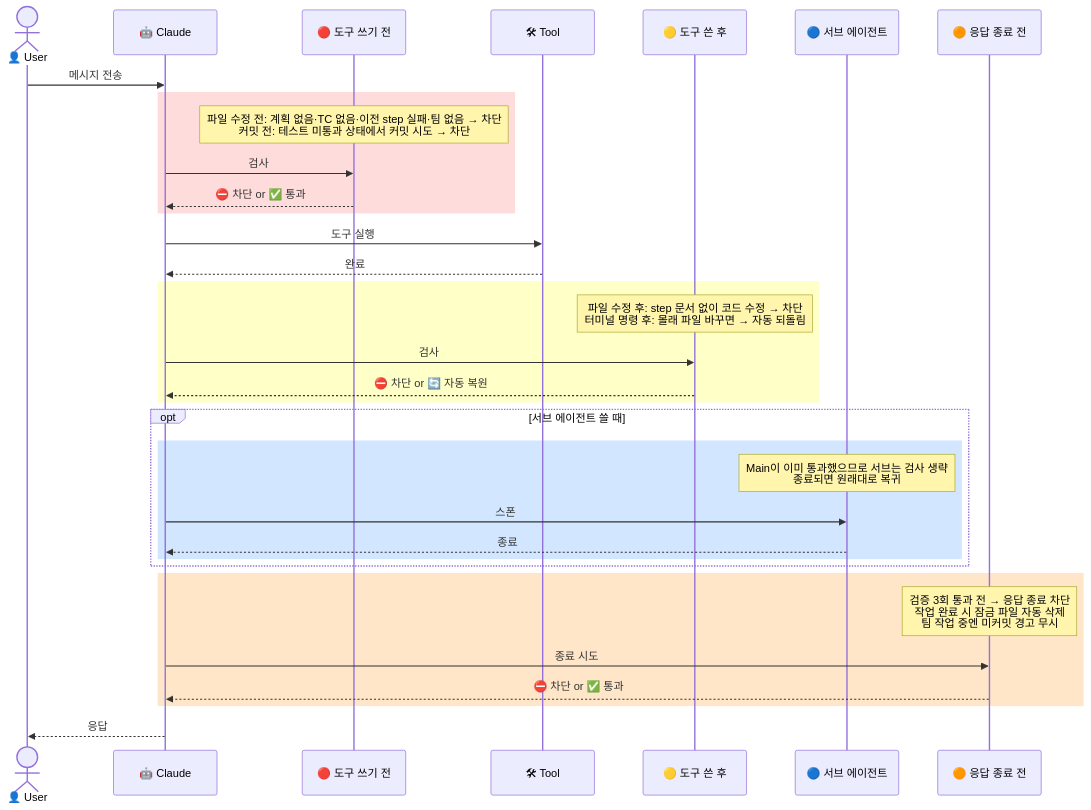
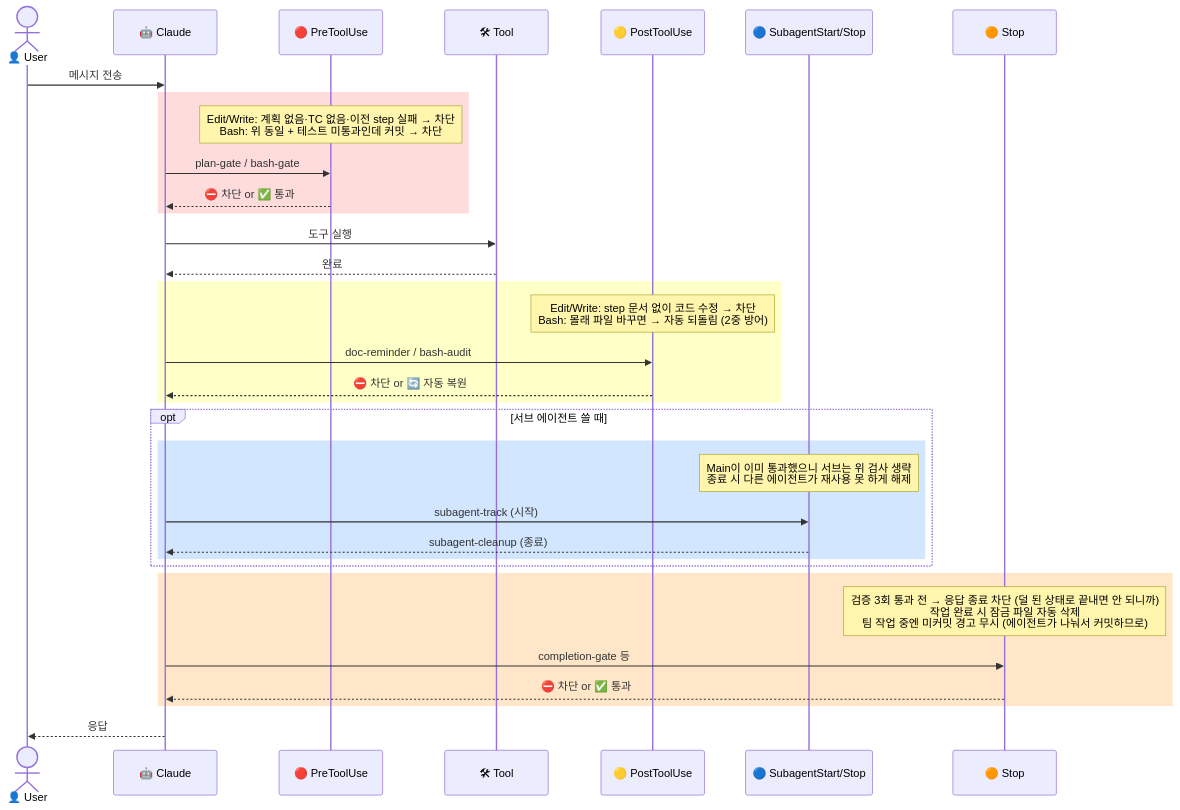
Before and after one commit to kangraemin/ai-bouncer: the diagram in docs/hooks-lifecycle.md, drawn with Mermaid.

Commit message:
docs: 다이어그램 참여자명 PreToolUse/PostToolUse로 통일 + note에 이유 반영

````diff
--- a/docs/hooks-lifecycle.md
+++ b/docs/hooks-lifecycle.md
@@ -51,43 +51,43 @@
 ```mermaid
 sequenceDiagram
     actor U as 👤 User
     participant C as 🤖 Claude
-    participant PRE as 🔴 도구 쓰기 전
+    participant PRE as 🔴 PreToolUse
     participant T as 🛠 Tool
-    participant POST as 🟡 도구 쓴 후
-    participant SUB as 🔵 서브 에이전트
-    participant STP as 🟠 응답 종료 전
+    participant POST as 🟡 PostToolUse
+    participant SUB as 🔵 SubagentStart/Stop
+    participant STP as 🟠 Stop
 
     U->>C: 메시지 전송
 
     rect rgb(255, 220, 220)
-        note over PRE: 파일 수정 전: 계획 없음·TC 없음·이전 step 실패·팀 없음 → 차단<br/>커밋 전: 테스트 미통과 상태에서 커밋 시도 → 차단
-        C->>PRE: 검사
+        note over PRE: Edit/Write: 계획 없음·TC 없음·이전 step 실패 → 차단<br/>Bash: 위 동일 + 테스트 미통과인데 커밋 → 차단
+        C->>PRE: plan-gate / bash-gate
         PRE-->>C: ⛔ 차단 or ✅ 통과
     end
 
     C->>T: 도구 실행
     T-->>C: 완료
 
     rect rgb(255, 255, 200)
-        note over POST: 파일 수정 후: step 문서 없이 코드 수정 → 차단<br/>터미널 명령 후: 몰래 파일 바꾸면 → 자동 되돌림
-        C->>POST: 검사
+        note over POST: Edit/Write: step 문서 없이 코드 수정 → 차단<br/>Bash: 몰래 파일 바꾸면 → 자동 되돌림 (2중 방어)
+        C->>POST: doc-reminder / bash-audit
         POST-->>C: ⛔ 차단 or 🔄 자동 복원
     end
 
     opt 서브 에이전트 쓸 때
         rect rgb(210, 230, 255)
-            note over SUB: Main이 이미 통과했으므로 서브는 검사 생략<br/>종료되면 원래대로 복귀
-            C->>SUB: 스폰
-            SUB-->>C: 종료
+            note over SUB: Main이 이미 통과했으니 서브는 위 검사 생략<br/>종료 시 다른 에이전트가 재사용 못 하게 해제
+            C->>SUB: subagent-track (시작)
+            SUB-->>C: subagent-cleanup (종료)
         end
     end
 
     rect rgb(255, 230, 200)
-        note over STP: 검증 3회 통과 전 → 응답 종료 차단<br/>작업 완료 시 잠금 파일 자동 삭제<br/>팀 작업 중엔 미커밋 경고 무시
-        C->>STP: 종료 시도
+        note over STP: 검증 3회 통과 전 → 응답 종료 차단 (덜 된 상태로 끝내면 안 되니까)<br/>작업 완료 시 잠금 파일 자동 삭제<br/>팀 작업 중엔 미커밋 경고 무시 (에이전트가 나눠서 커밋하므로)
+        C->>STP: completion-gate 등
         STP-->>C: ⛔ 차단 or ✅ 통과
     end
 
     C-->>U: 응답
 ```
````
